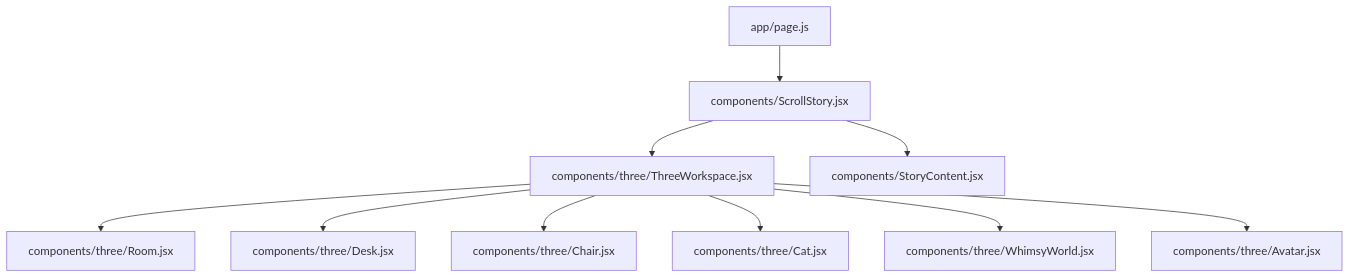
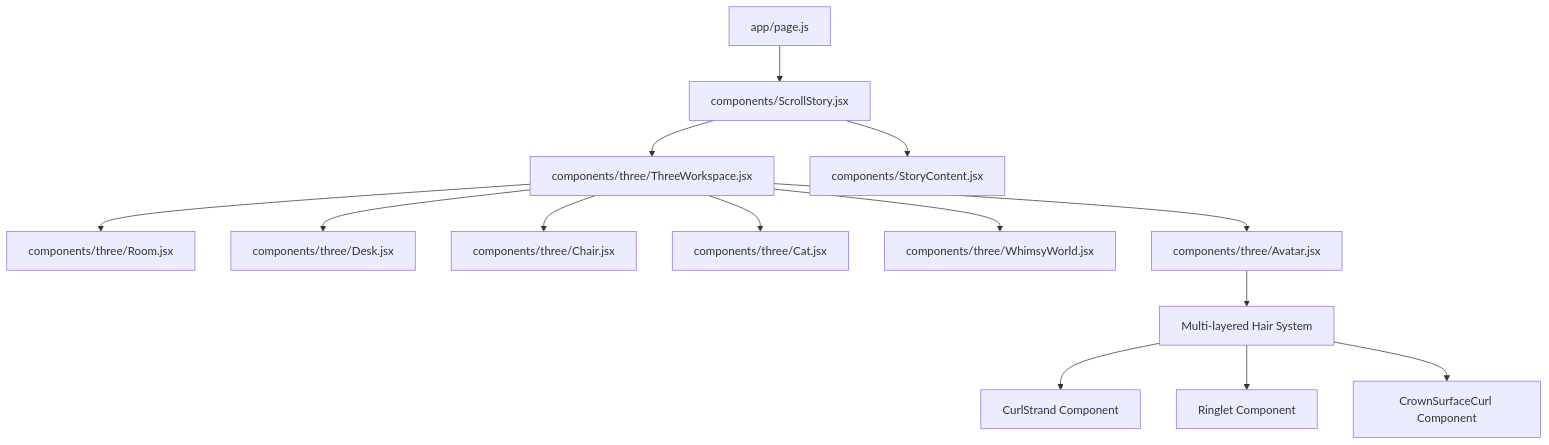
Before and after one commit to emaanfatima312005-wq/emaan-portfolio: the first of 5 diagrams in .qoder/repowiki/en/content/3D Scene System/Character System.md, drawn with Mermaid. The commit also changed other lines of this file and 9 other files, not shown here.

````diff
--- a/.qoder/repowiki/en/content/3D Scene System/Character System.md
+++ b/.qoder/repowiki/en/content/3D Scene System/Character System.md
@@ -39,12 +47,16 @@
 ```mermaid
 graph TB
 Page["app/page.js"] --> ScrollStory["components/ScrollStory.jsx"]
 ScrollStory --> ThreeWorkspace["components/three/ThreeWorkspace.jsx"]
 ScrollStory --> StoryContent["components/StoryContent.jsx"]
 ThreeWorkspace --> Room["components/three/Room.jsx"]
 ThreeWorkspace --> Desk["components/three/Desk.jsx"]
 ThreeWorkspace --> Chair["components/three/Chair.jsx"]
 ThreeWorkspace --> Cat["components/three/Cat.jsx"]
 ThreeWorkspace --> WhimsyWorld["components/three/WhimsyWorld.jsx"]
 ThreeWorkspace --> Avatar["components/three/Avatar.jsx"]
+Avatar --> HairSystem["Multi-layered Hair System"]
+HairSystem --> CurlStrand["CurlStrand Component"]
+HairSystem --> Ringlet["Ringlet Component"]
+HairSystem --> CrownSurfaceCurl["CrownSurfaceCurl Component"]
 ```
````
